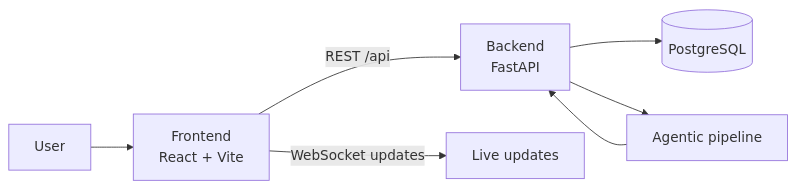
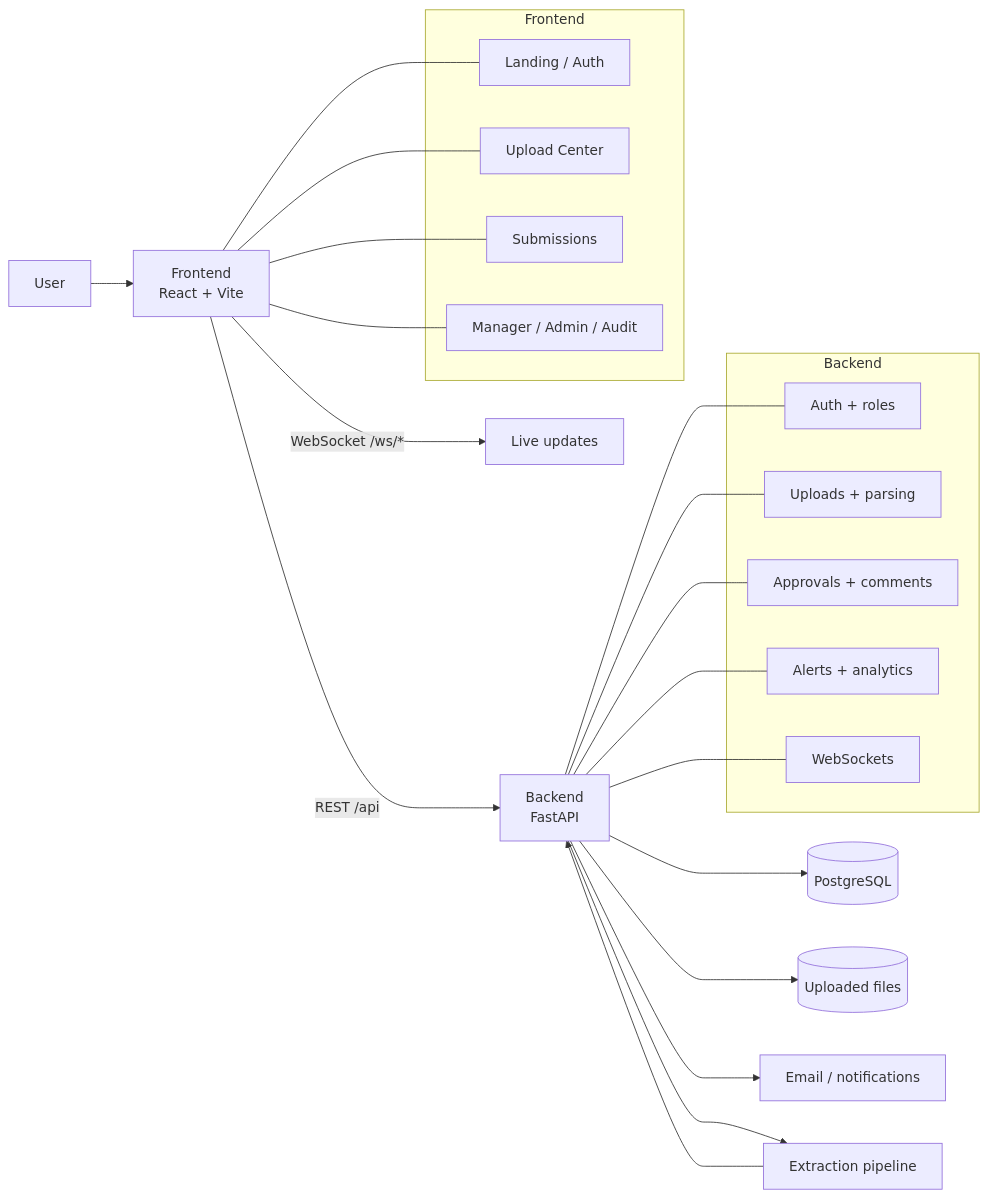
One commit to Manas1kukreti/Personal- changed the first of 3 diagrams in README.md. Above: the diagram before and after it, drawn with Mermaid. The commit also changed other lines of this file, not shown here.

````diff
--- a/README.md
+++ b/README.md
@@ -34,9 +36,36 @@
 ```mermaid
 flowchart LR
   U[User] --> F[Frontend<br/>React + Vite]
   F -->|REST /api| B[Backend<br/>FastAPI]
-  F -->|WebSocket updates| WS[Live updates]
+  F -->|WebSocket /ws/*| WS[Live updates]
   B --> DB[(PostgreSQL)]
-  B --> A[Agentic pipeline]
+  B --> M[(Uploaded files)]
+  B --> E[Email / notifications]
+  B --> A[Extraction pipeline]
   A --> B
+
+  subgraph Frontend["Frontend"]
+    F1[Landing / Auth]
+    F2[Upload Center]
+    F3[Submissions]
+    F4[Manager / Admin / Audit]
+  end
+
+  subgraph Backend["Backend"]
+    B1[Auth + roles]
+    B2[Uploads + parsing]
+    B3[Approvals + comments]
+    B4[Alerts + analytics]
+    B5[WebSockets]
+  end
+
+  F --- F1
+  F --- F2
+  F --- F3
+  F --- F4
+  B --- B1
+  B --- B2
+  B --- B3
+  B --- B4
+  B --- B5
 ```
````
